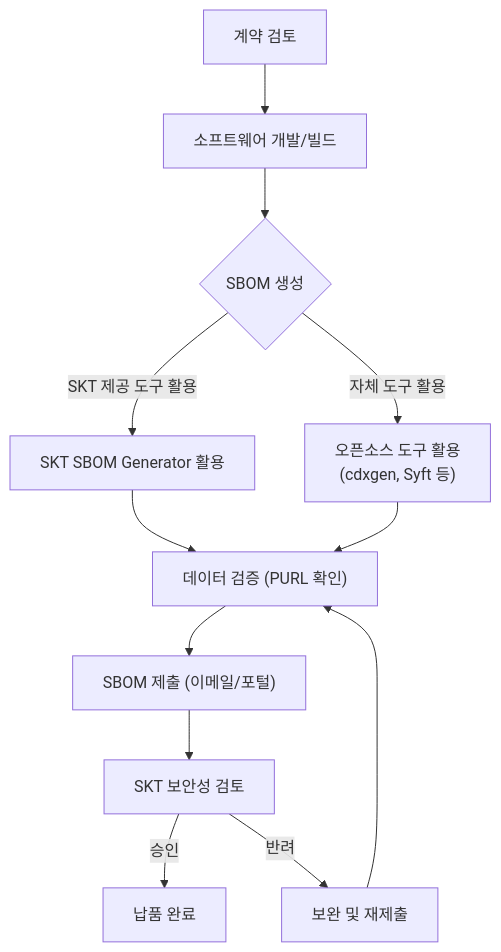
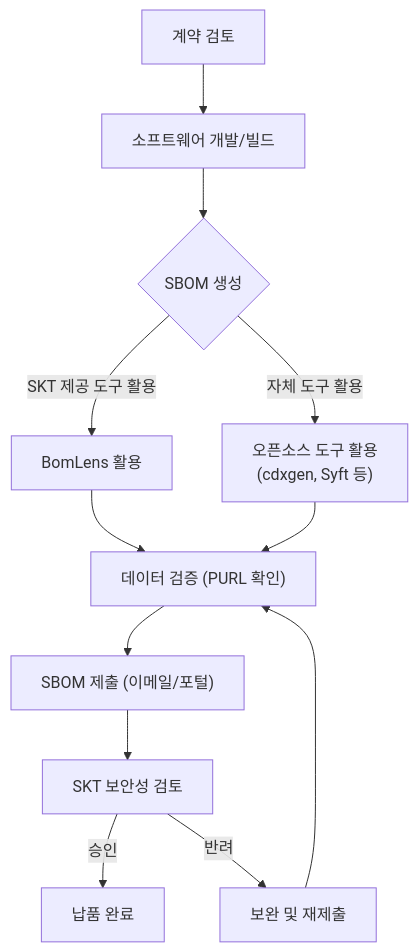
One commit to sktelecom/sktelecom.github.io changed the diagram in content/ko/guide/supply-chain/for-suppliers/_index.md. Above: the diagram before and after it, drawn with Mermaid. The commit also changed other lines of this file and 18 other files, not shown here.

First line of the commit message:
docs: SBOM Generator 브랜드명을 BomLens로 변경

````diff
--- a/content/ko/guide/supply-chain/for-suppliers/_index.md
+++ b/content/ko/guide/supply-chain/for-suppliers/_index.md
@@ -26,15 +26,15 @@
 ```mermaid
 flowchart TD
     A[계약 검토] --> B["소프트웨어 개발/빌드"]
     B --> C{SBOM 생성}
-    C -->|SKT 제공 도구 활용| D[SKT SBOM Generator 활용]
+    C -->|SKT 제공 도구 활용| D[BomLens 활용]
     C -->|자체 도구 활용| E["오픈소스 도구 활용<br>(cdxgen, Syft 등)"]
     D --> F["데이터 검증 (PURL 확인)"]
     E --> F
     F --> G["SBOM 제출 (이메일/포털)"]
     G --> H[SKT 보안성 검토]
     H -->|승인| I[납품 완료]
     H -->|반려| J[보완 및 재제출]
     J --> F
 
 ```
````
